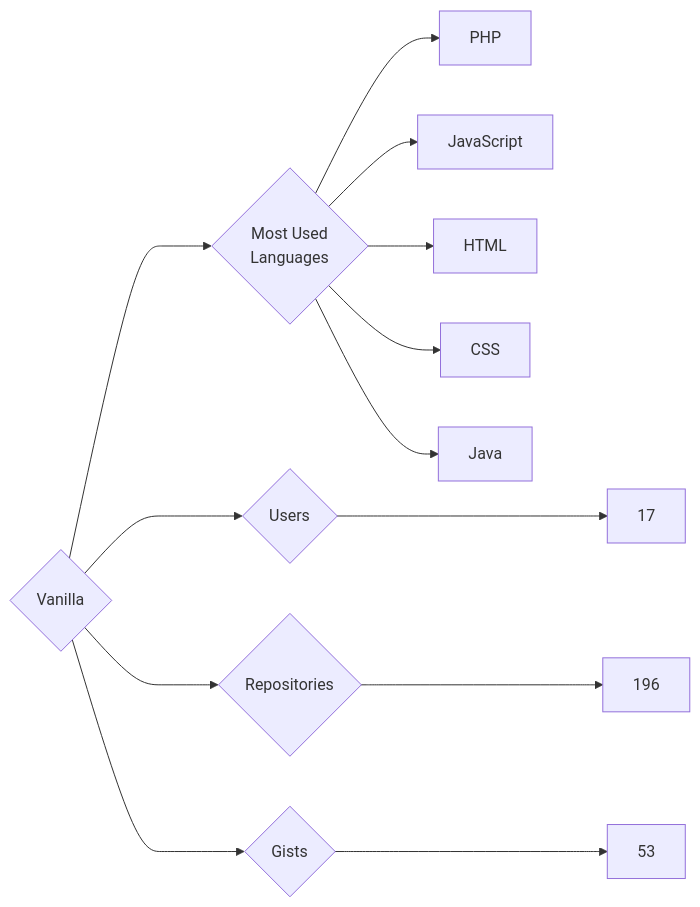
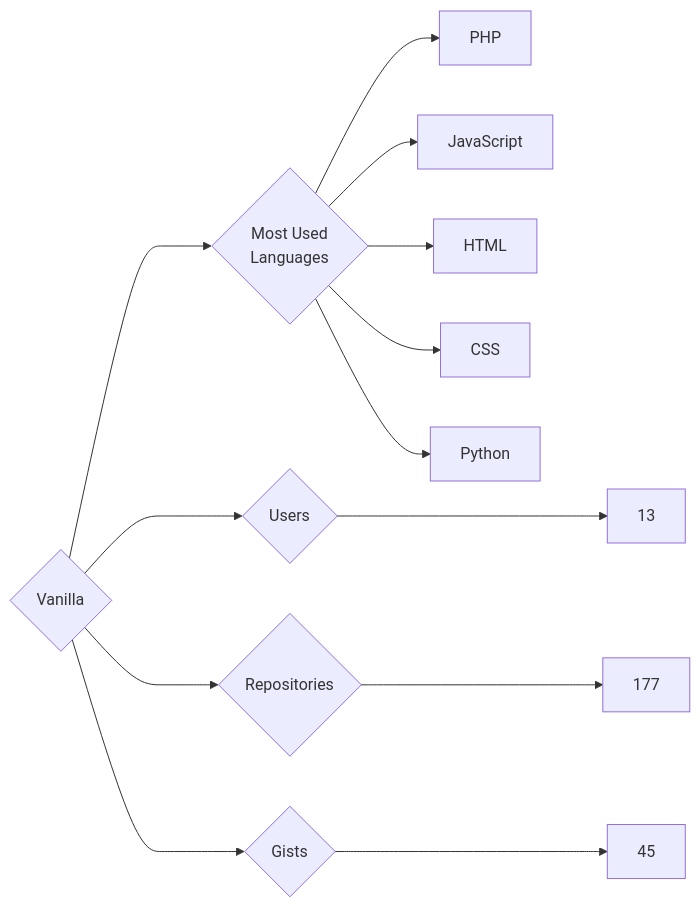
One commit to trickest/insiders changed the diagram in targets/Vanilla/README.md. Above: the diagram before and after it, drawn with Mermaid. The commit also changed 912 other files, not shown here.

````diff
--- a/targets/Vanilla/README.md
+++ b/targets/Vanilla/README.md
@@ -3,13 +3,13 @@
 ```mermaid
 graph LR
 COMPANY_NAME{Vanilla}
-COMPANY_NAME ---> U{Users} ---> UN[17]
-COMPANY_NAME ---> R{Repositories} ---> RN[196]
-COMPANY_NAME ---> G{Gists} ---> GN[53]
+COMPANY_NAME ---> U{Users} ---> UN[13]
+COMPANY_NAME ---> R{Repositories} ---> RN[177]
+COMPANY_NAME ---> G{Gists} ---> GN[45]
 COMPANY_NAME ---> ML{Most Used<br>Languages}
 ML --> PHP[PHP]
 ML --> JavaScript[JavaScript]
 ML --> HTML[HTML]
 ML --> CSS[CSS]
-ML --> Java[Java]
+ML --> Python[Python]
 ```
````
